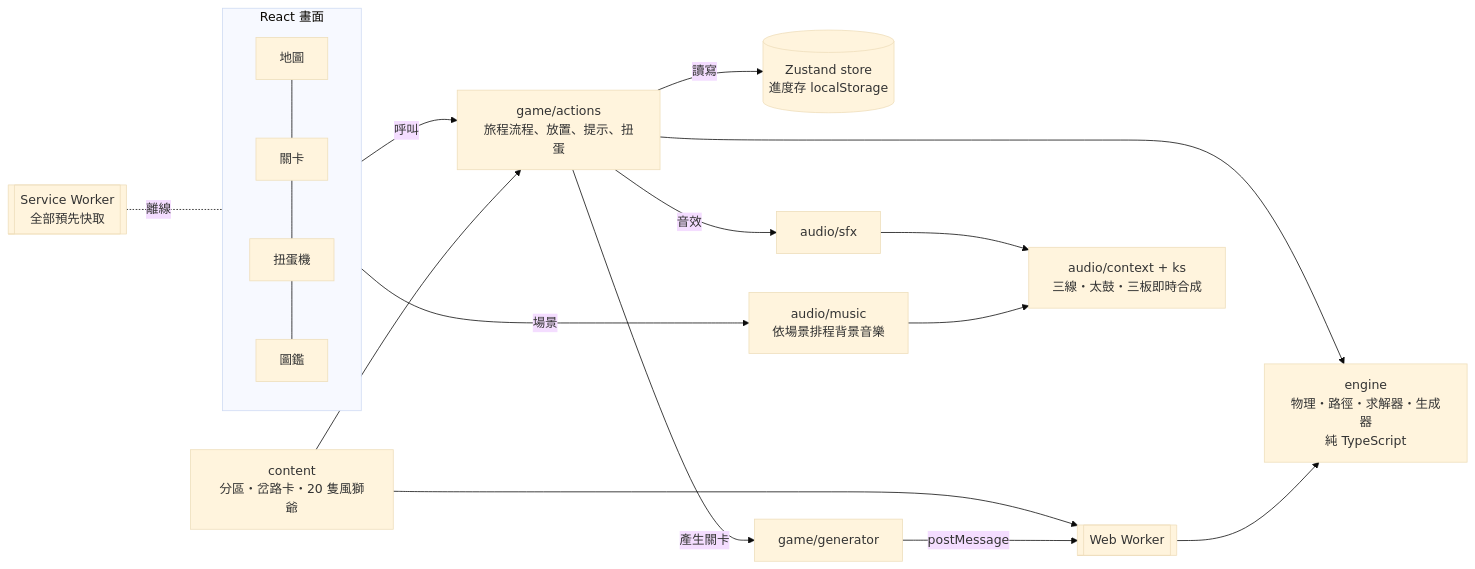
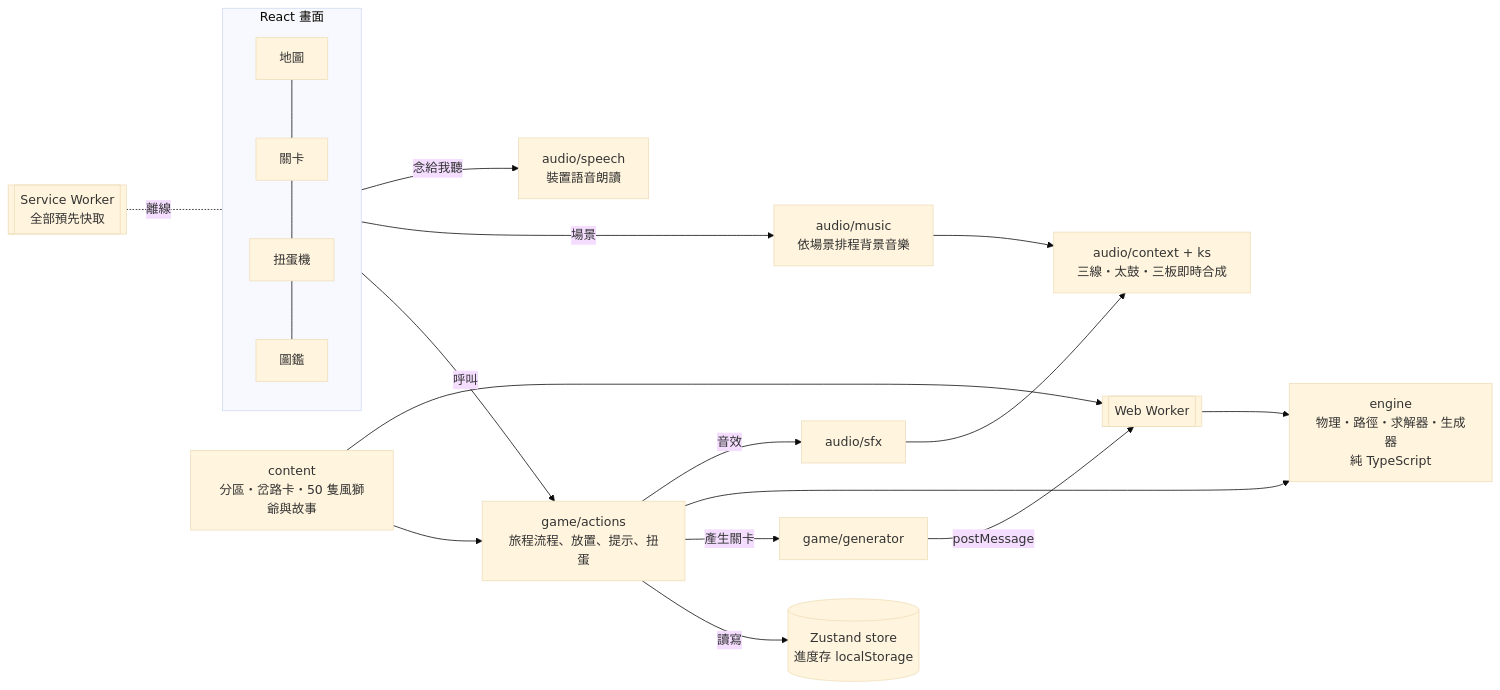
One commit to AaronChuo/shisa-reunion changed the diagram in docs/README.md. Above: the diagram before and after it, drawn with Mermaid (base theme). The commit also changed other lines of this file and 5 other files, not shown here.

````diff
--- a/docs/README.md
+++ b/docs/README.md
@@ -33,19 +33,20 @@
 ```mermaid
 flowchart LR
   subgraph UI[React 畫面]
     Home[地圖] --- Play[關卡] --- Gacha[扭蛋機] --- Dex[圖鑑]
   end
   UI -->|呼叫| Actions[game/actions<br/>旅程流程、放置、提示、扭蛋]
   Actions -->|讀寫| Store[(Zustand store<br/>進度存 localStorage)]
   Actions -->|產生關卡| Client[game/generator]
   Client -->|postMessage| Worker[[Web Worker]]
   Worker --> Engine[engine<br/>物理・路徑・求解器・生成器<br/>純 TypeScript]
   Actions --> Engine
-  Content[content<br/>分區・岔路卡・20 隻風獅爺] --> Actions
+  Content[content<br/>分區・岔路卡・50 隻風獅爺與故事] --> Actions
   UI -->|場景| Music[audio/music<br/>依場景排程背景音樂]
   Actions -->|音效| Sfx[audio/sfx]
+  UI -->|念給我聽| Speech[audio/speech<br/>裝置語音朗讀]
   Music --> Synth[audio/context + ks<br/>三線・太鼓・三板即時合成]
   Sfx --> Synth
   Content --> Worker
   SW[[Service Worker<br/>全部預先快取]] -.離線.- UI
 ```
````
